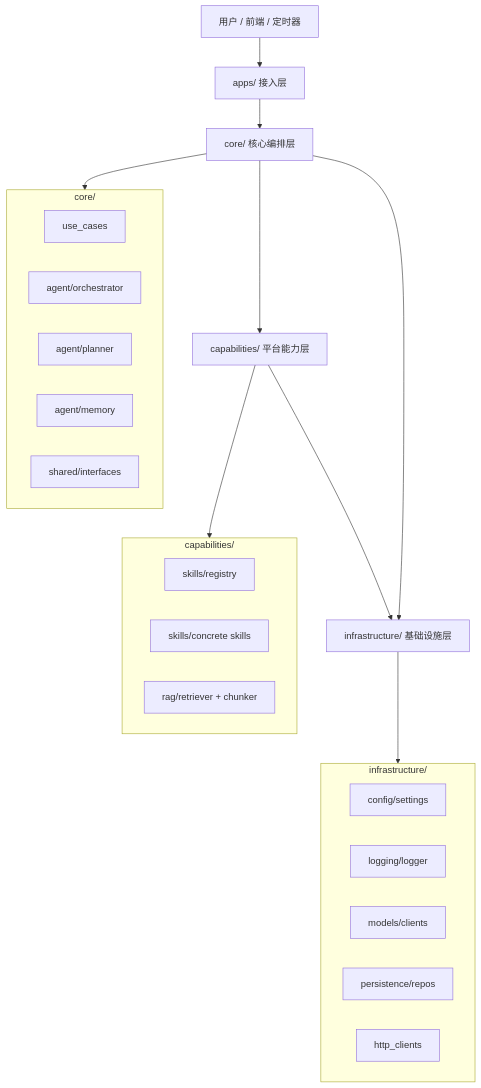
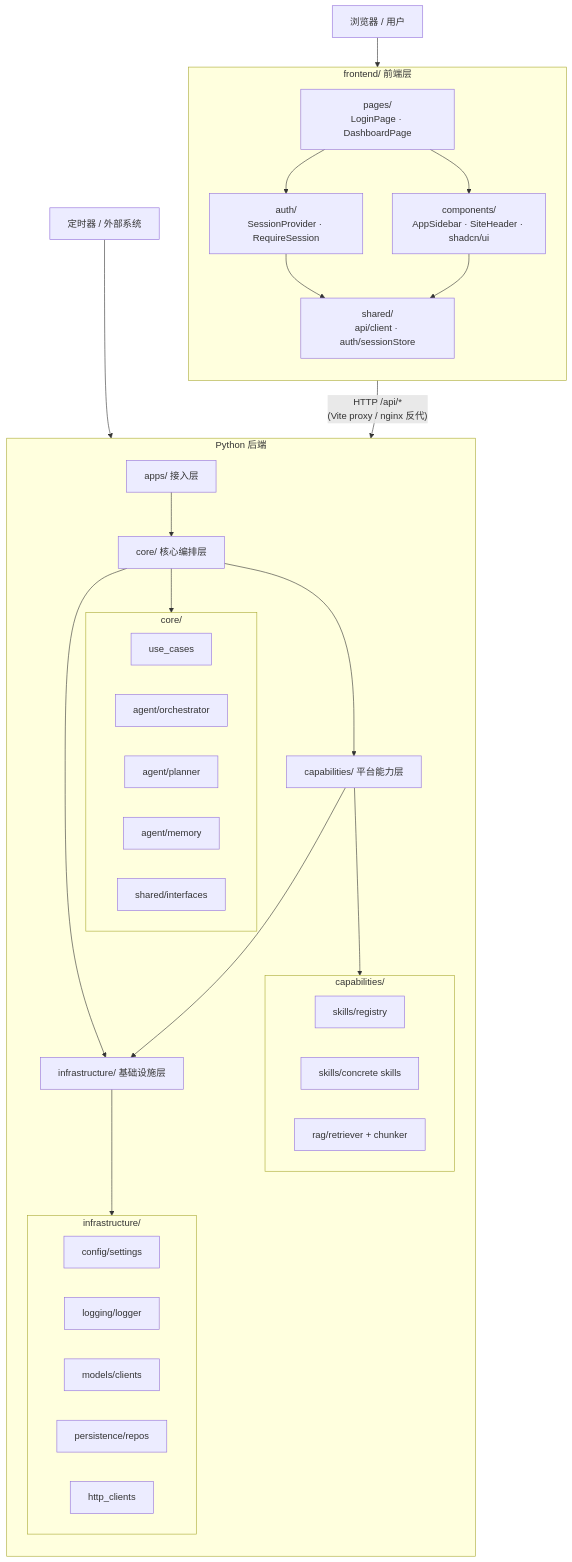
Before and after one commit to zata-zhangtao/zata-codes-template: the diagram in docs/architecture/system-design.md, drawn with Mermaid. The commit also changed other lines of this file and 64 other files, not shown here.

First line of the commit message:
feat(frontend): add React frontend with session management and UI components

````diff
--- a/docs/architecture/system-design.md
+++ b/docs/architecture/system-design.md
@@ -48,34 +48,59 @@
 ```mermaid
 flowchart TD
-    User["用户 / 前端 / 定时器"] --> Apps["apps/ 接入层"]
-    Apps --> Core["core/ 核心编排层"]
-    Core --> Platform["capabilities/ 平台能力层"]
-    Core --> Infra["infrastructure/ 基础设施层"]
-    Platform --> Infra
+    Browser["浏览器 / 用户"] --> FE
 
-    subgraph CoreDetails["core/"]
-        UC["use_cases"]
-        ORCH["agent/orchestrator"]
-        PLAN["agent/planner"]
-        MEM["agent/memory"]
-        IFACE["shared/interfaces"]
+    subgraph FE["frontend/ 前端层"]
+        direction TB
+        FE_PAGES["pages/\nLoginPage · DashboardPage"]
+        FE_LAYOUT["components/\nAppSidebar · SiteHeader · shadcn/ui"]
+        FE_AUTH["auth/\nSessionProvider · RequireSession"]
+        FE_SHARED["shared/\napi/client · auth/sessionStore"]
+        FE_PAGES --> FE_LAYOUT
+        FE_PAGES --> FE_AUTH
+        FE_AUTH --> FE_SHARED
+        FE_LAYOUT --> FE_SHARED
     end
 
-    subgraph PlatformDetails["capabilities/"]
-        REG["skills/registry"]
-        SKILL["skills/concrete skills"]
-        RAG["rag/retriever + chunker"]
+    FE_SHARED -->|"HTTP /api/*\n(Vite proxy / nginx 反代)"| Apps
+
+    subgraph Backend["Python 后端"]
+        direction TB
+        Apps["apps/ 接入层"]
+        Core["core/ 核心编排层"]
+        Platform["capabilities/ 平台能力层"]
+        Infra["infrastructure/ 基础设施层"]
+
+        Apps --> Core
+        Core --> Platform
+        Core --> Infra
+        Platform --> Infra
+
+        subgraph CoreDetails["core/"]
+            UC["use_cases"]
+            ORCH["agent/orchestrator"]
+            PLAN["agent/planner"]
+            MEM["agent/memory"]
+            IFACE["shared/interfaces"]
+        end
+
+        subgraph PlatformDetails["capabilities/"]
+            REG["skills/registry"]
+            SKILL["skills/concrete skills"]
+            RAG["rag/retriever + chunker"]
+        end
+
+        subgraph InfraDetails["infrastructure/"]
+            CFG["config/settings"]
+            LOG["logging/logger"]
+            LLM["models/clients"]
+            DB["persistence/repos"]
+            HTTP["http_clients"]
+        end
+
+        Core --> CoreDetails
+        Platform --> PlatformDetails
+        Infra --> InfraDetails
     end
 
-    subgraph InfraDetails["infrastructure/"]
-        CFG["config/settings"]
-        LOG["logging/logger"]
-        LLM["models/clients"]
-        DB["persistence/repos"]
-        HTTP["http_clients"]
-    end
-
-    Core --> CoreDetails
-    Platform --> PlatformDetails
-    Infra --> InfraDetails
+    Timer["定时器 / 外部系统"] --> Apps
 ```
````
